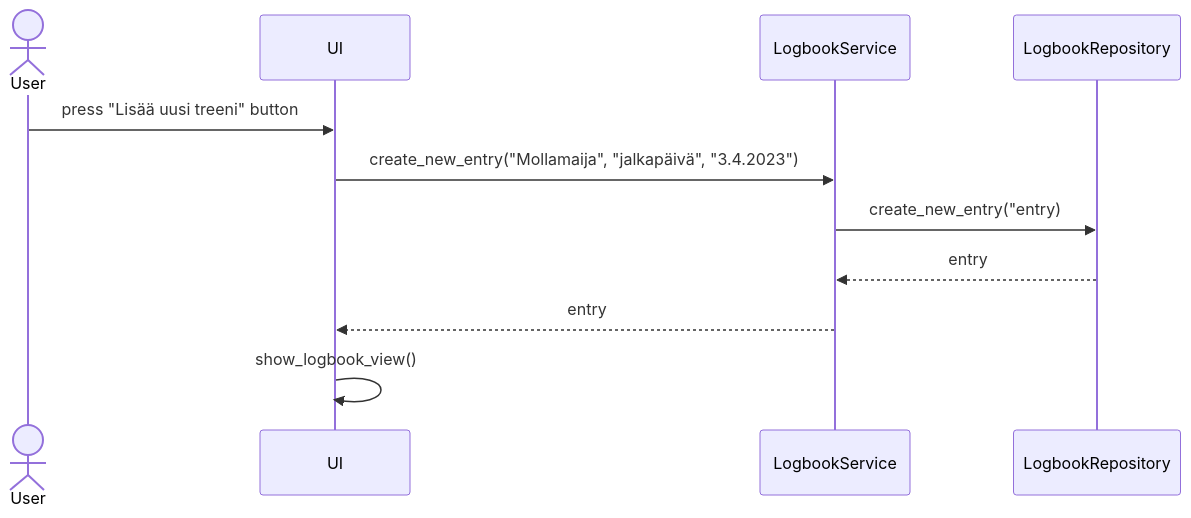
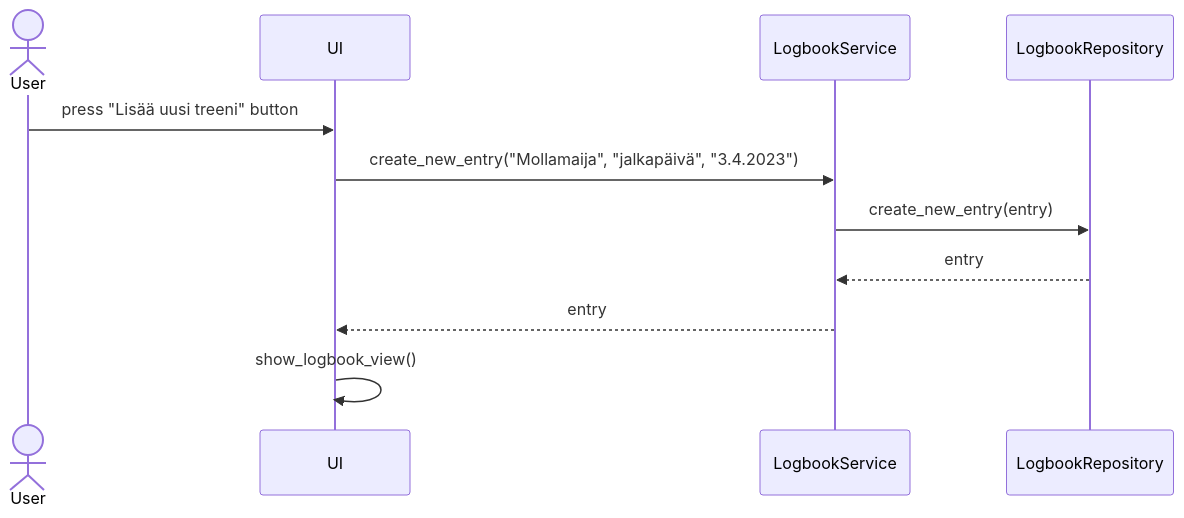
Before and after one commit to brotholi/ot-harjoitustyo: the fifth of 5 diagrams in dokumentaatio/arkkitehtuuri.md, drawn with Mermaid.

````diff
--- a/dokumentaatio/arkkitehtuuri.md
+++ b/dokumentaatio/arkkitehtuuri.md
@@ -89,13 +89,13 @@
 ```mermaid
 sequenceDiagram
   actor User
   participant UI
   participant LogbookService
   participant LogbookRepository
   User->>UI: press "Lisää uusi treeni" button
   UI->>LogbookService: create_new_entry("Mollamaija", "jalkapäivä", "3.4.2023")
-  LogbookService->>LogbookRepository: create_new_entry("entry)
+  LogbookService->>LogbookRepository: create_new_entry(entry)
   LogbookRepository-->>LogbookService: entry
   LogbookService-->>UI: entry
   UI->>UI: show_logbook_view()
  ```
````
